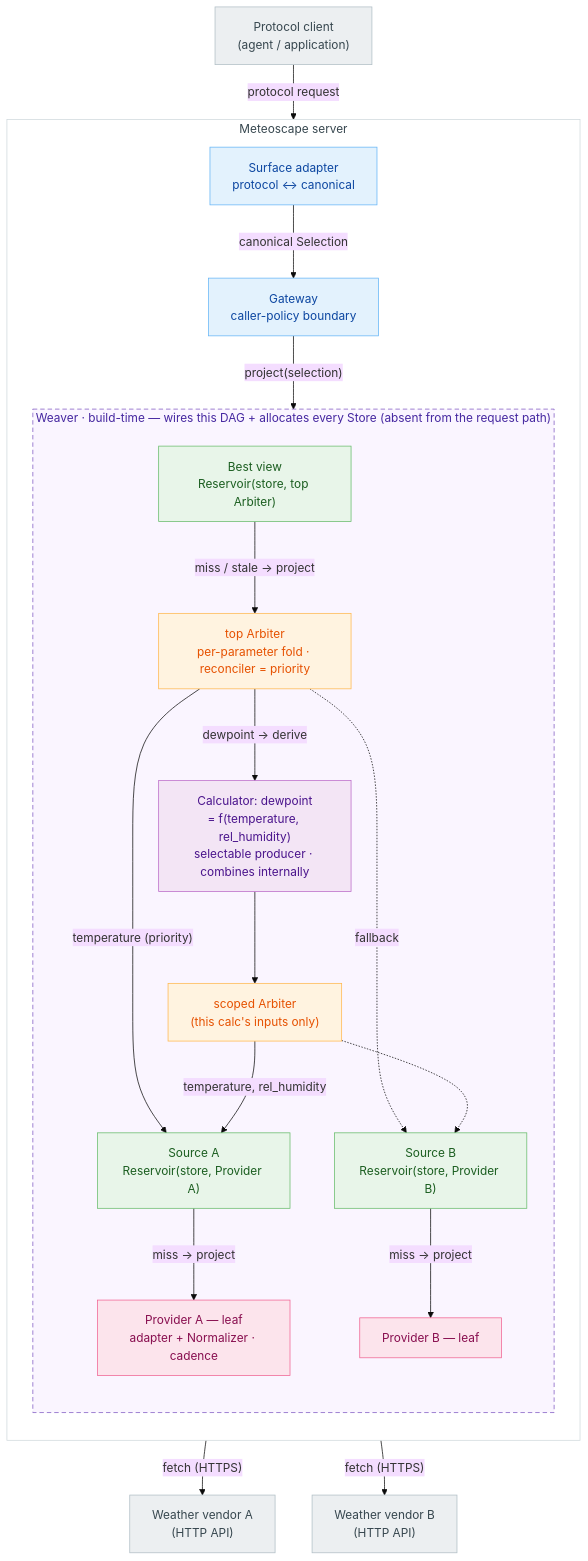
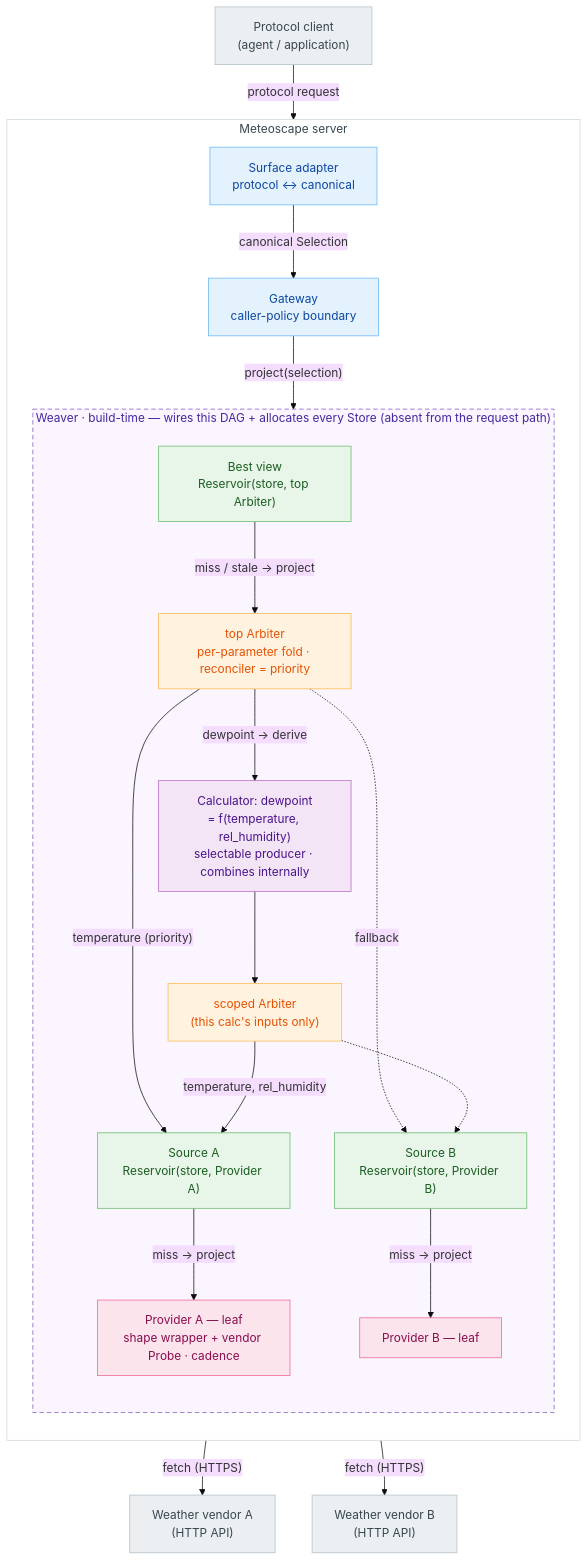
The third of 3 diagrams in docs/architecture.md (dveyarangi/meteoscape), drawn with Mermaid (base theme) before and after one commit. The commit also changed other lines of this file and 22 other files, not shown here.

````diff
--- a/docs/architecture.md
+++ b/docs/architecture.md
@@ -142,63 +142,63 @@
 ```mermaid
 flowchart TB
   CLIENT["Protocol client<br/>(agent / application)"]
 
   subgraph SERVER["Meteoscape server"]
     direction TB
     ADAPTER["Surface adapter<br/>protocol ↔ canonical"]
     GW["Gateway<br/>caller-policy boundary"]
 
     subgraph WOVEN["Weaver · build-time — wires this DAG + allocates every Store (absent from the request path)"]
       direction TB
       BEST["Best view<br/>Reservoir(store, top Arbiter)"]
       ARB["top Arbiter<br/>per-parameter fold · reconciler = priority"]
 
       CALC["Calculator: dewpoint<br/>= f(temperature, rel_humidity)<br/>selectable producer · combines internally"]
       CARB["scoped Arbiter<br/>(this calc's inputs only)"]
 
       SA["Source A<br/>Reservoir(store, Provider A)"]
       SB["Source B<br/>Reservoir(store, Provider B)"]
 
-      PA["Provider A — leaf<br/>adapter + Normalizer · cadence"]
+      PA["Provider A — leaf<br/>shape wrapper + vendor Probe · cadence"]
       PB["Provider B — leaf"]
     end
   end
 
   VA["Weather vendor A<br/>(HTTP API)"]
   VB["Weather vendor B<br/>(HTTP API)"]
 
   CLIENT -->|"protocol request"| ADAPTER
   ADAPTER -->|"canonical Selection"| GW
   GW -->|"project(selection)"| BEST
   BEST -->|"miss / stale → project"| ARB
 
   ARB -->|"temperature (priority)"| SA
   ARB -.->|"fallback"| SB
   ARB -->|"dewpoint → derive"| CALC
 
   CALC --> CARB
   CARB -->|"temperature, rel_humidity"| SA
   CARB -.-> SB
 
   SA -->|"miss → project"| PA
   SB -->|"miss → project"| PB
   PA -->|"fetch (HTTPS)"| VA
   PB -->|"fetch (HTTPS)"| VB
 
   classDef ext fill:#eceff1,stroke:#b0bec5,color:#37474f;
   classDef edge fill:#e3f2fd,stroke:#64b5f6,color:#0d47a1;
   classDef reservoir fill:#e8f5e9,stroke:#66bb6a,color:#1b5e20;
   classDef arbiter fill:#fff3e0,stroke:#ffb74d,color:#e65100;
   classDef calc fill:#f3e5f5,stroke:#ba68c8,color:#4a148c;
   classDef provider fill:#fce4ec,stroke:#f06292,color:#880e4f;
 
   class CLIENT,VA,VB ext;
   class ADAPTER,GW edge;
   class BEST,SA,SB reservoir;
   class ARB,CARB arbiter;
   class CALC calc;
   class PA,PB provider;
 
   style SERVER fill:#ffffff,stroke:#cfd8dc,color:#37474f;
   style WOVEN fill:#faf5ff,stroke:#7e57c2,stroke-width:1px,stroke-dasharray:6 4,color:#4527a0;
 ```
````
